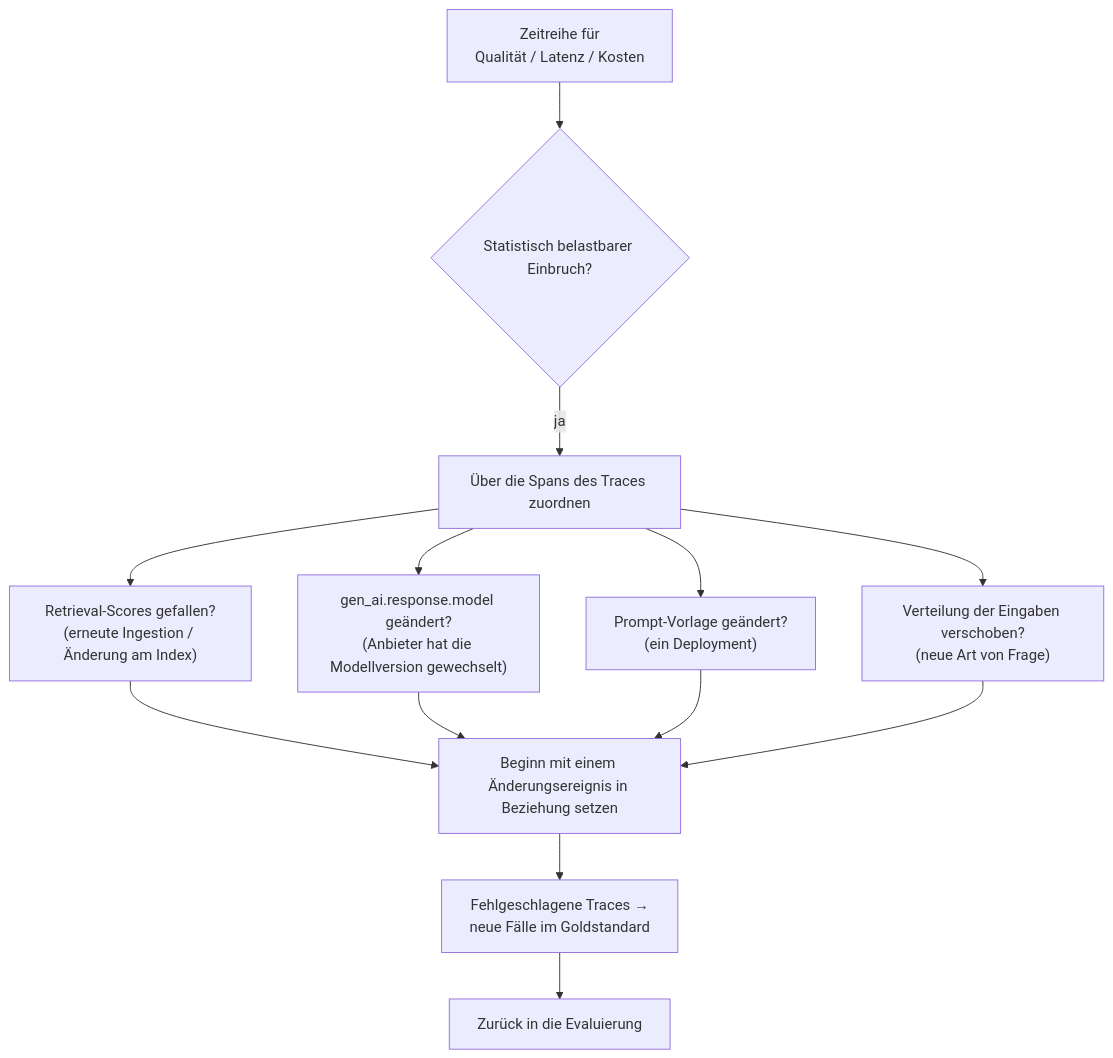
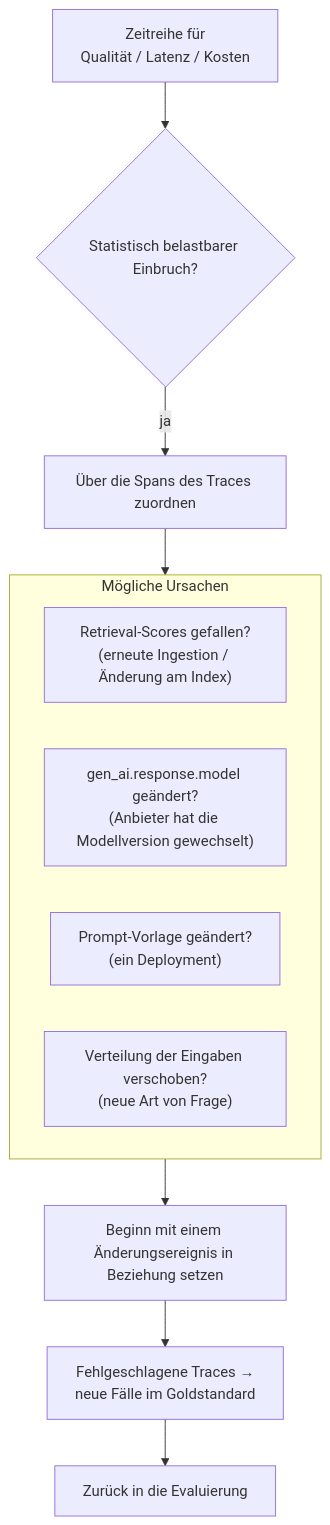
One commit to NikolaiSachok/ai-engineering-handbook changed the second of 2 diagrams in i18n/de/docusaurus-plugin-content-docs/current/part-1-rag/cross-cutting/observability/deep-dive.md. Above: the diagram before and after it, drawn with Mermaid. The commit also changed 75 other files, not shown here.

First line of the commit message:
fix(diagrams): re-author wide diagrams, and measure the three locales the gate never saw (#441)

````diff
--- a/i18n/de/docusaurus-plugin-content-docs/current/part-1-rag/cross-cutting/observability/deep-dive.md
+++ b/i18n/de/docusaurus-plugin-content-docs/current/part-1-rag/cross-cutting/observability/deep-dive.md
@@ -61,15 +61,16 @@
 ```mermaid
 flowchart TB
     M["Zeitreihe für<br/>Qualität / Latenz / Kosten"] --> DR{"Statistisch belastbarer Einbruch?"}
     DR -->|"ja"| A["Über die Spans des Traces zuordnen"]
-    A --> C1["Retrieval-Scores gefallen?<br/>(erneute Ingestion / Änderung am Index)"]
-    A --> C2["gen_ai.response.model geändert?<br/>(Anbieter hat die Modellversion gewechselt)"]
-    A --> C3["Prompt-Vorlage geändert?<br/>(ein Deployment)"]
-    A --> C4["Verteilung der Eingaben verschoben?<br/>(neue Art von Frage)"]
-    C1 --> CE["Beginn mit einem Änderungsereignis in Beziehung setzen"]
-    C2 --> CE
-    C3 --> CE
-    C4 --> CE
+    A --> Causes
+    subgraph Causes["Mögliche Ursachen"]
+        direction LR
+        C1["Retrieval-Scores gefallen?<br/>(erneute Ingestion / Änderung am Index)"]
+        C2["gen_ai.response.model geändert?<br/>(Anbieter hat die Modellversion gewechselt)"]
+        C3["Prompt-Vorlage geändert?<br/>(ein Deployment)"]
+        C4["Verteilung der Eingaben verschoben?<br/>(neue Art von Frage)"]
+    end
+    Causes --> CE["Beginn mit einem Änderungsereignis in Beziehung setzen"]
     CE --> F["Fehlgeschlagene Traces →<br/>neue Fälle im Goldstandard"]
     F --> E["Zurück in die Evaluierung"]
 ```
````
